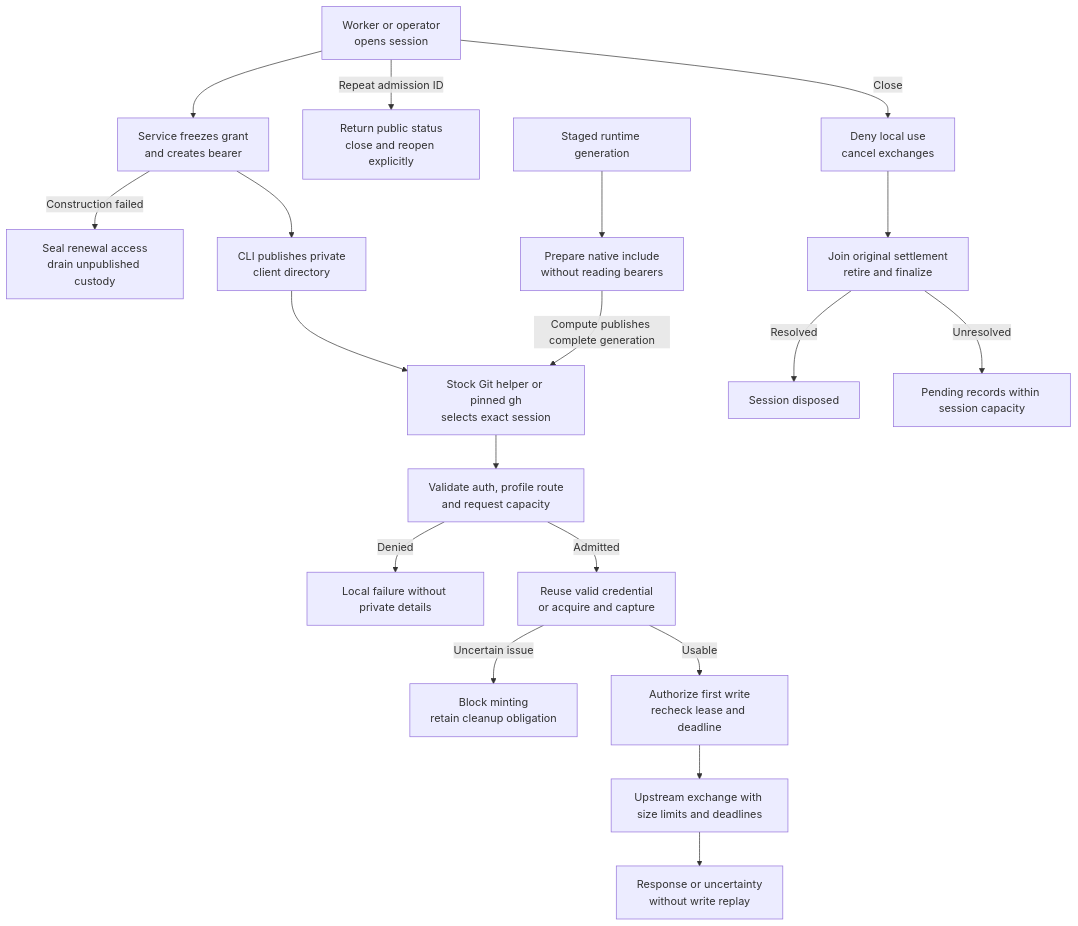
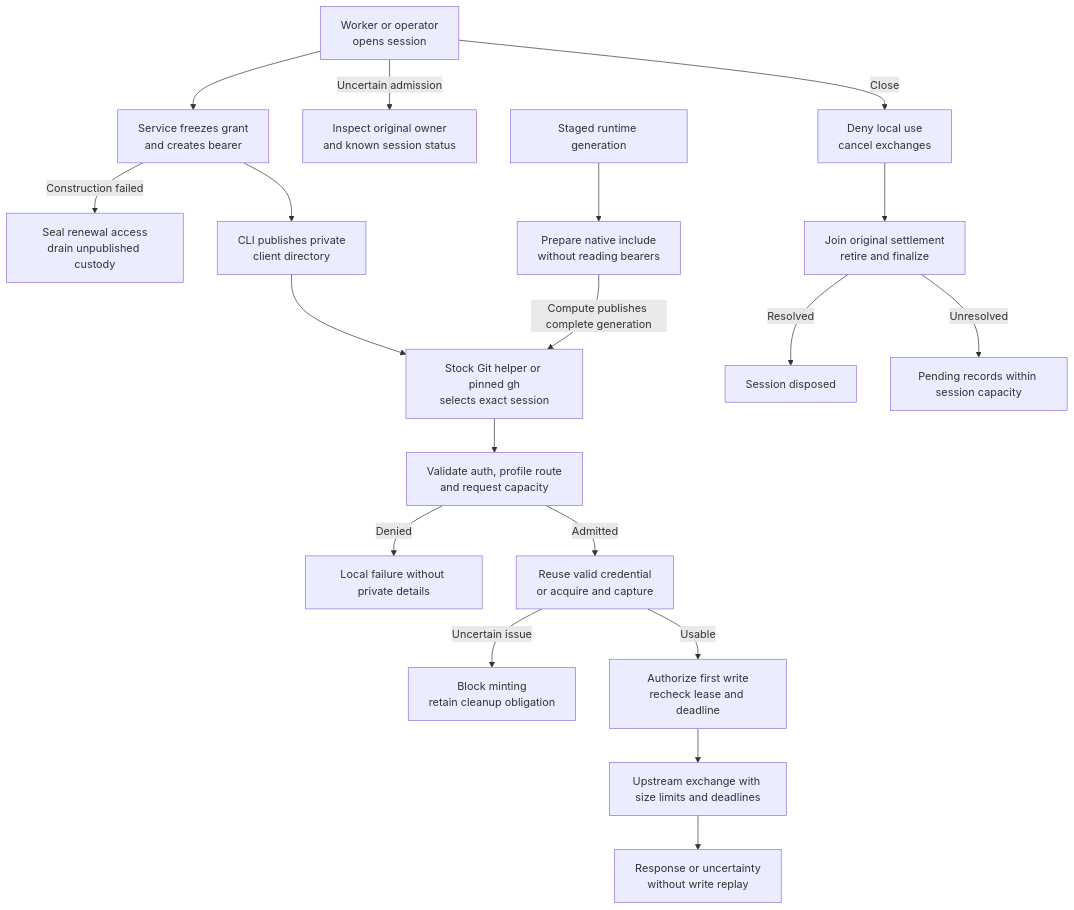
The diagram in docs/flows/repository-credentials.md (openclaw/openclaw-enterprise), drawn with Mermaid before and after one commit. The commit also changed other lines of this file and 10 other files, not shown here.

````diff
--- a/docs/flows/repository-credentials.md
+++ b/docs/flows/repository-credentials.md
@@ -29,21 +29,21 @@
 ```mermaid
 graph TD
   Operator["Worker or operator<br/>opens session"] --> Admission["Service freezes grant<br/>and creates bearer"]
   Admission -->|Construction failed| ConstructionCleanup["Seal renewal access<br/>drain unpublished custody"]
-  Operator -->|Repeat admission ID| Recovery["Return public status<br/>close and reopen explicitly"]
+  Operator -->|Uncertain admission| Recovery["Inspect original owner<br/>and known session status"]
   Admission --> Files["CLI publishes private<br/>client directory"]
   Files --> Client["Stock Git helper or pinned gh<br/>selects exact session"]
   Staged["Staged runtime generation"] --> Native["Prepare native include<br/>without reading bearers"]
   Native -->|Compute publishes complete generation| Client
   Client --> Route["Validate auth, profile route<br/>and request capacity"]
   Route -->|Denied| Denial["Local failure without private details"]
   Route -->|Admitted| Credential["Reuse valid credential<br/>or acquire and capture"]
   Credential -->|Uncertain issue| Blocked["Block minting<br/>retain cleanup obligation"]
   Credential -->|Usable| Gate["Authorize first write<br/>recheck lease and deadline"]
   Gate --> Upstream["Upstream exchange with size limits and deadlines"]
   Upstream --> Result["Response or uncertainty<br/>without write replay"]
   Operator -->|Close| Closed["Deny local use<br/>cancel exchanges"]
   Closed --> Cleanup["Join original settlement<br/>retire and finalize"]
   Cleanup -->|Resolved| Disposed["Session disposed"]
   Cleanup -->|Unresolved| Pending["Pending records within session capacity"]
 ```
````
